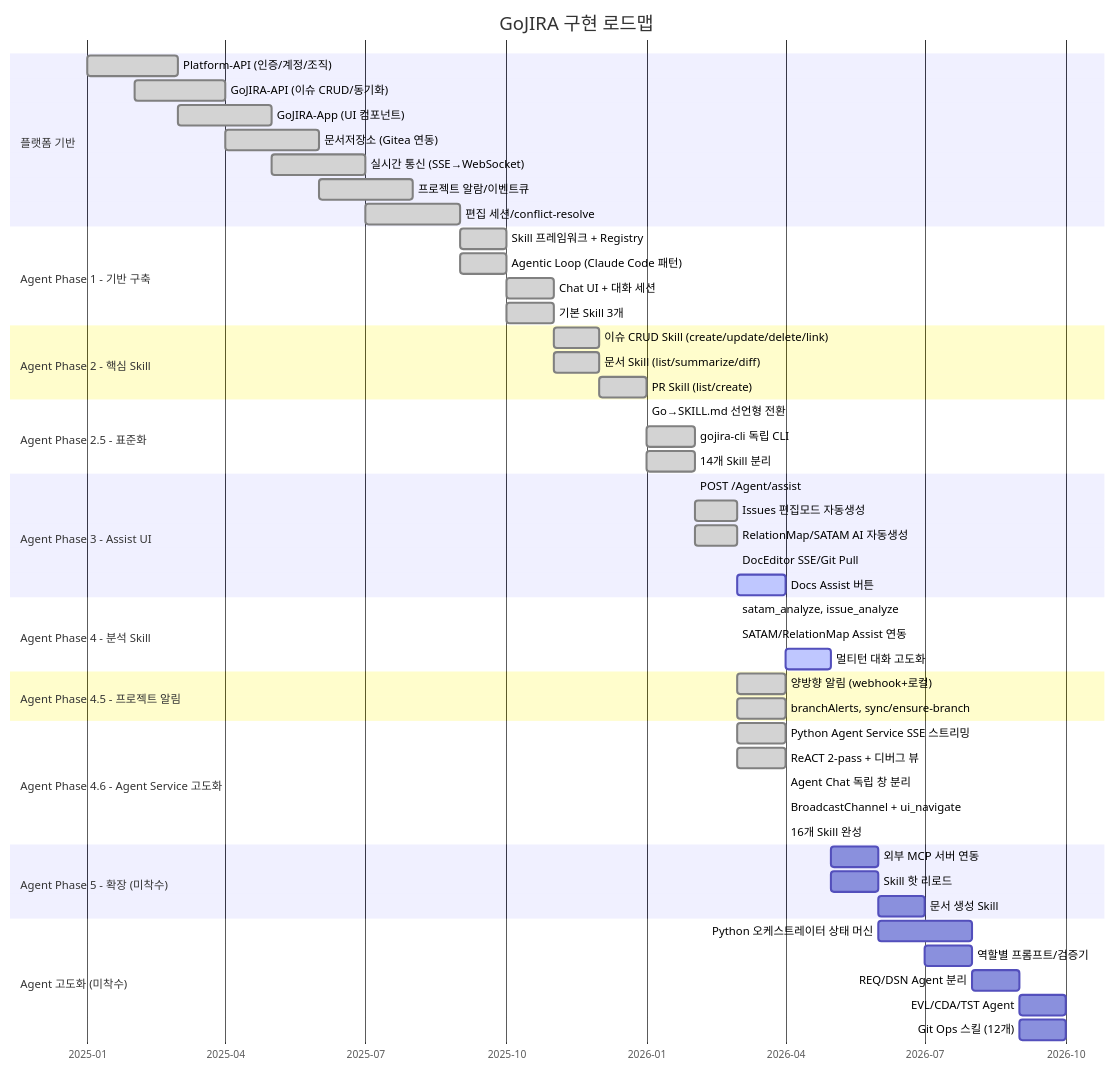
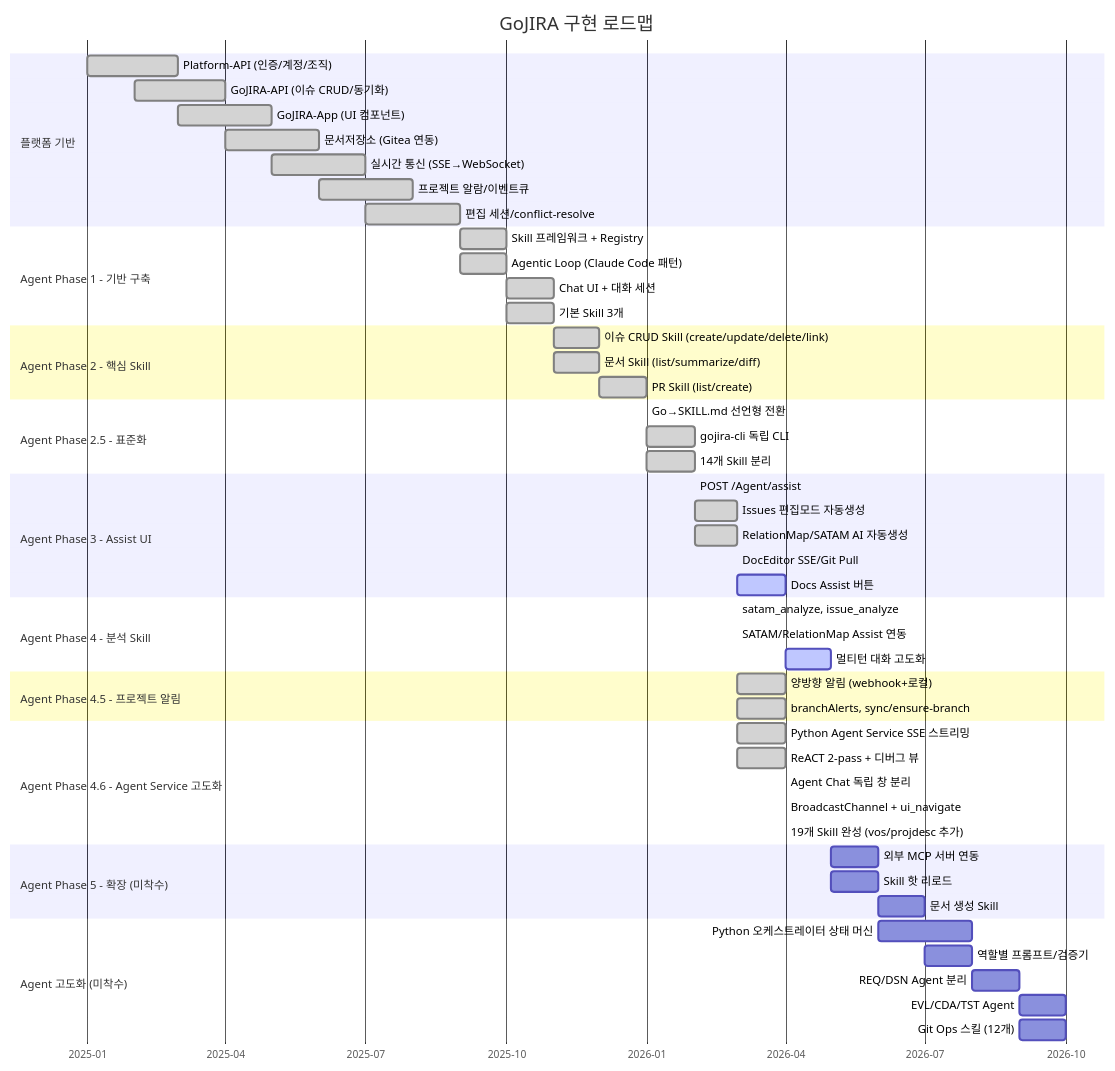
Before and after one commit to archi-duke/GoJIRA: the first of 3 diagrams in docs/implementation-plan.md, drawn with Mermaid. The commit also changed other lines of this file and 2 other files, not shown here.

````diff
--- a/docs/implementation-plan.md
+++ b/docs/implementation-plan.md
@@ -30,66 +30,66 @@
 ```mermaid
 gantt
     title GoJIRA 구현 로드맵
     dateFormat  YYYY-MM
     axisFormat  %Y-%m
 
     section 플랫폼 기반
     Platform-API (인증/계정/조직)        :done, plat1, 2025-01, 2025-03
     GoJIRA-API (이슈 CRUD/동기화)        :done, plat2, 2025-02, 2025-04
     GoJIRA-App (UI 컴포넌트)             :done, plat3, 2025-03, 2025-05
     문서저장소 (Gitea 연동)              :done, plat4, 2025-04, 2025-06
     실시간 통신 (SSE→WebSocket)          :done, plat5, 2025-05, 2025-07
     프로젝트 알람/이벤트큐               :done, plat6, 2025-06, 2025-08
     편집 세션/conflict-resolve           :done, plat7, 2025-07, 2025-09
 
     section Agent Phase 1 - 기반 구축
     Skill 프레임워크 + Registry          :done, p1a, 2025-09, 2025-10
     Agentic Loop (Claude Code 패턴)      :done, p1b, 2025-09, 2025-10
     Chat UI + 대화 세션                  :done, p1c, 2025-10, 2025-11
     기본 Skill 3개                       :done, p1d, 2025-10, 2025-11
 
     section Agent Phase 2 - 핵심 Skill
     이슈 CRUD Skill (create/update/delete/link)  :done, p2a, 2025-11, 2025-12
     문서 Skill (list/summarize/diff)              :done, p2b, 2025-11, 2025-12
     PR Skill (list/create)                        :done, p2c, 2025-12, 2026-01
 
     section Agent Phase 2.5 - 표준화
     Go→SKILL.md 선언형 전환              :done, p25a, 2026-01, 2026-01
     gojira-cli 독립 CLI                  :done, p25b, 2026-01, 2026-02
     14개 Skill 분리                      :done, p25c, 2026-01, 2026-02
 
     section Agent Phase 3 - Assist UI
     POST /Agent/assist                   :done, p3a, 2026-02, 2026-02
     Issues 편집모드 자동생성             :done, p3b, 2026-02, 2026-03
     RelationMap/SATAM AI 자동생성        :done, p3c, 2026-02, 2026-03
     DocEditor SSE/Git Pull               :done, p3d, 2026-03, 2026-03
     Docs Assist 버튼                     :active, p3e, 2026-03, 2026-04
 
     section Agent Phase 4 - 분석 Skill
     satam_analyze, issue_analyze         :done, p4a, 2026-03, 2026-03
     SATAM/RelationMap Assist 연동        :done, p4b, 2026-03, 2026-03
     멀티턴 대화 고도화                   :active, p4c, 2026-04, 2026-05
 
     section Agent Phase 4.5 - 프로젝트 알림
     양방향 알림 (webhook+로컬)           :done, p45a, 2026-03, 2026-04
     branchAlerts, sync/ensure-branch     :done, p45b, 2026-03, 2026-04
 
     section Agent Phase 4.6 - Agent Service 고도화
     Python Agent Service SSE 스트리밍    :done, p46a, 2026-03, 2026-04
     ReACT 2-pass + 디버그 뷰            :done, p46b, 2026-03, 2026-04
     Agent Chat 독립 창 분리              :done, p46c, 2026-04, 2026-04
     BroadcastChannel + ui_navigate       :done, p46d, 2026-04, 2026-04
-    16개 Skill 완성                      :done, p46e, 2026-04, 2026-04
+    19개 Skill 완성 (vos/projdesc 추가)   :done, p46e, 2026-04, 2026-04
 
     section Agent Phase 5 - 확장 (미착수)
     외부 MCP 서버 연동                   :p5a, 2026-05, 2026-06
     Skill 핫 리로드                      :p5b, 2026-05, 2026-06
     문서 생성 Skill                       :p5c, 2026-06, 2026-07
 
     section Agent 고도화 (미착수)
     Python 오케스트레이터 상태 머신       :p6a, 2026-06, 2026-08
     역할별 프롬프트/검증기               :p6b, 2026-07, 2026-08
     REQ/DSN Agent 분리                   :p6c, 2026-08, 2026-09
     EVL/CDA/TST Agent                    :p6d, 2026-09, 2026-10
     Git Ops 스킬 (12개)                  :p6e, 2026-09, 2026-10
 ```
````
